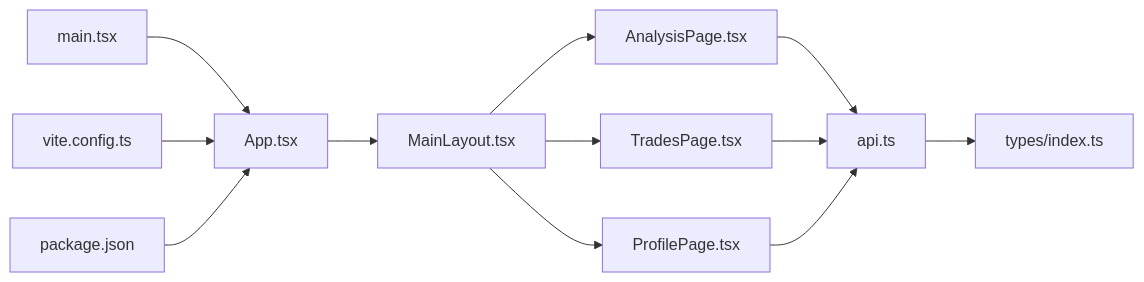
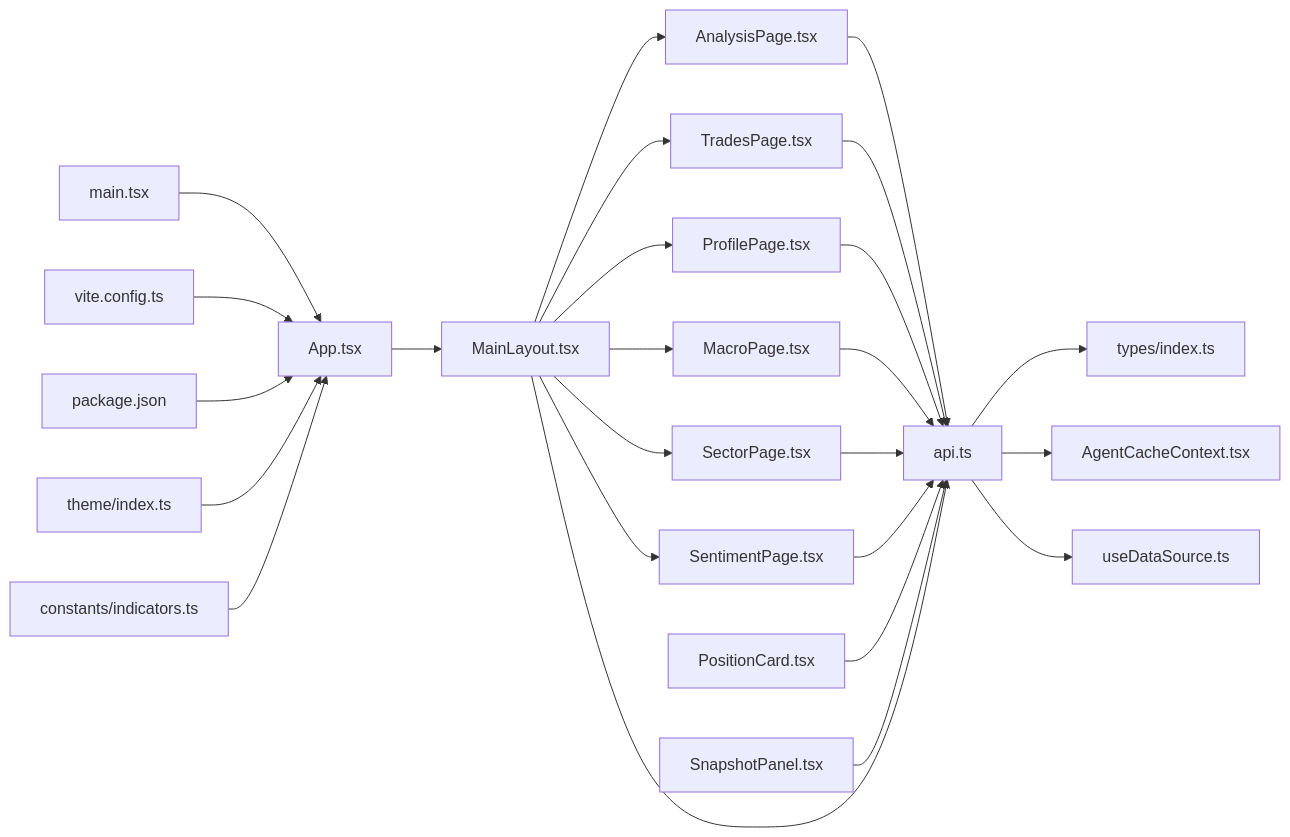
One commit to Moruime/stock_foker changed diagram 12 of 12 in .qoder/repowiki/zh/content/前端组件/前端组件.md. Above: the diagram before and after it, drawn with Mermaid. The commit also changed other lines of this file and 52 other files, not shown here.

````diff
--- a/.qoder/repowiki/zh/content/前端组件/前端组件.md
+++ b/.qoder/repowiki/zh/content/前端组件/前端组件.md
@@ -377,14 +500,27 @@
 ```mermaid
 graph LR
 APP["App.tsx"] --> LAYOUT["MainLayout.tsx"]
 LAYOUT --> PAGE_A["AnalysisPage.tsx"]
 LAYOUT --> PAGE_T["TradesPage.tsx"]
 LAYOUT --> PAGE_P["ProfilePage.tsx"]
+LAYOUT --> PAGE_M["MacroPage.tsx"]
+LAYOUT --> PAGE_S["SectorPage.tsx"]
+LAYOUT --> PAGE_ST["SentimentPage.tsx"]
 PAGE_A --> API["api.ts"]
 PAGE_T --> API
 PAGE_P --> API
+PAGE_M --> API
+PAGE_S --> API
+PAGE_ST --> API
+POS_CARD["PositionCard.tsx"] --> API
+SNAP_PANEL["SnapshotPanel.tsx"] --> API
 API --> TYPES["types/index.ts"]
+API --> CACHE_CTX["AgentCacheContext.tsx"]
+API --> DS_HOOK["useDataSource.ts"]
+LAYOUT --> API
 MAIN["main.tsx"] --> APP
 VITE["vite.config.ts"] --> APP
 PKG["package.json"] --> APP
+THEME["theme/index.ts"] --> APP
+INDICATORS["constants/indicators.ts"] --> APP
 ```
````
